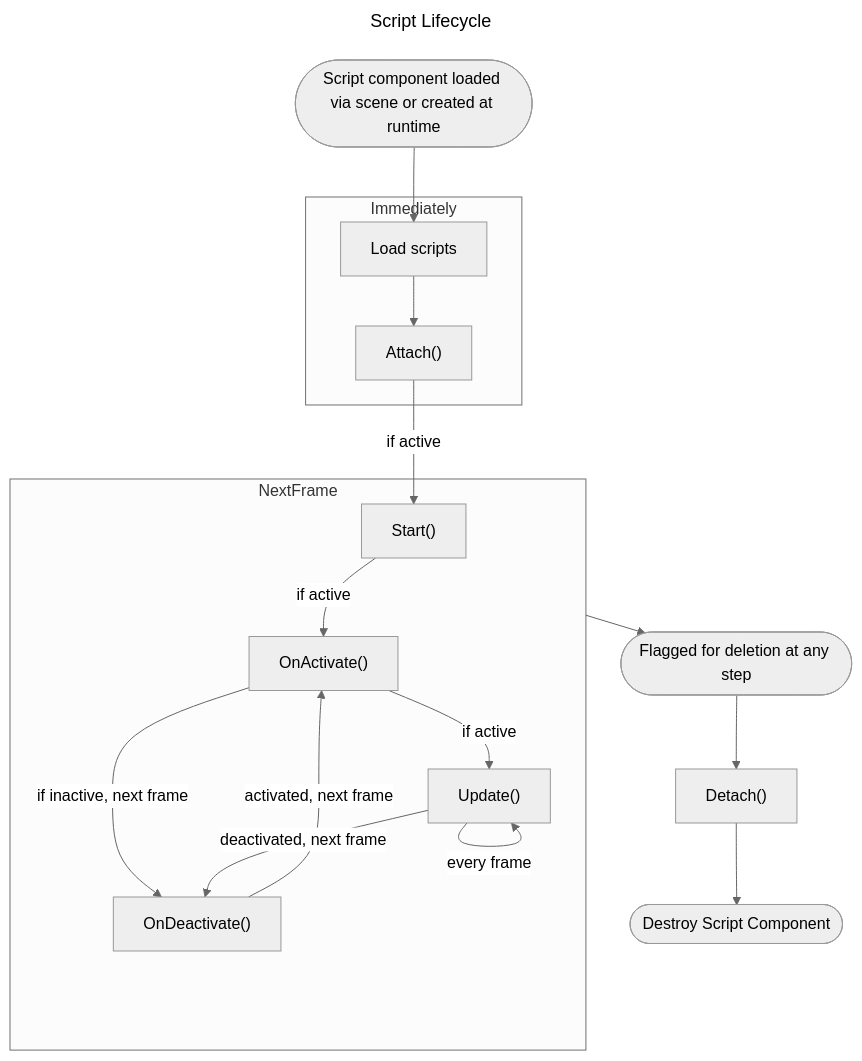
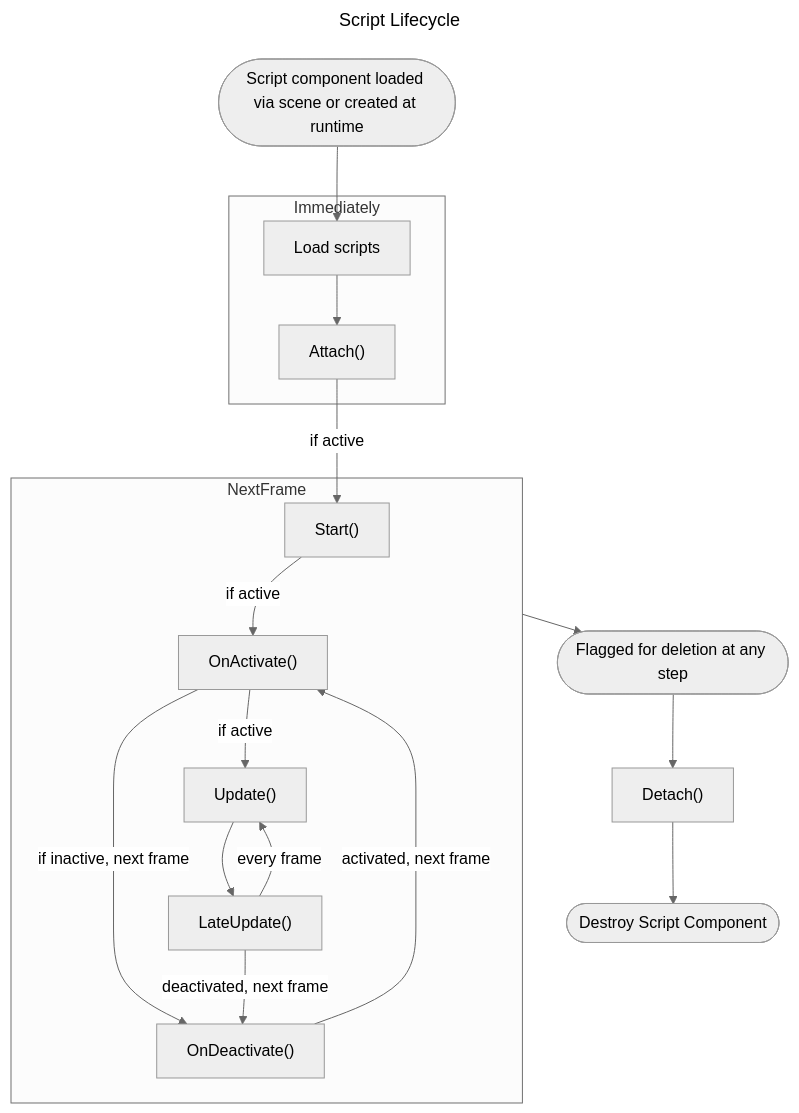
The diagram in docs/api/scriptInstance.mdx (Tukyo/atomontage-docs), drawn with Mermaid (neutral theme) before and after one commit.

Commit message:
Add LateUpdate to lifecycle graph

````diff
--- a/docs/api/scriptInstance.mdx
+++ b/docs/api/scriptInstance.mdx
@@ -47,31 +47,32 @@
 ```mermaid
 ---
 title: Script Lifecycle
 ---
 graph TD;
     C([Script component loaded via scene or created at runtime])-->L
     
 subgraph Immediately
     L["Load scripts"]-->A;
 end
 subgraph NextFrame
 
     A["Attach()"]-- if active -->S;
     S["Start()"]-- if active -->OA;
 
     OA["OnActivate()"]-- if active -->U;
     OA["OnActivate()"]-- if inactive, next frame -->OD;
 
 
-    U["Update()"]--every frame-->U;
-    U["Update()"]--deactivated, next frame-->OD;
+    U["Update()"]-->LU;
+    LU["LateUpdate()"]--every frame-->U;
+    LU["LateUpdate()"]--deactivated, next frame-->OD;
 
     OD["OnDeactivate()"]--activated, next frame-->OA;
 end
 
     NextFrame -->DEL;
 
     DEL([Flagged for deletion at any step])-->D
 
     D["Detach()"] --> *([Destroy Script Component]);
 ```
````
